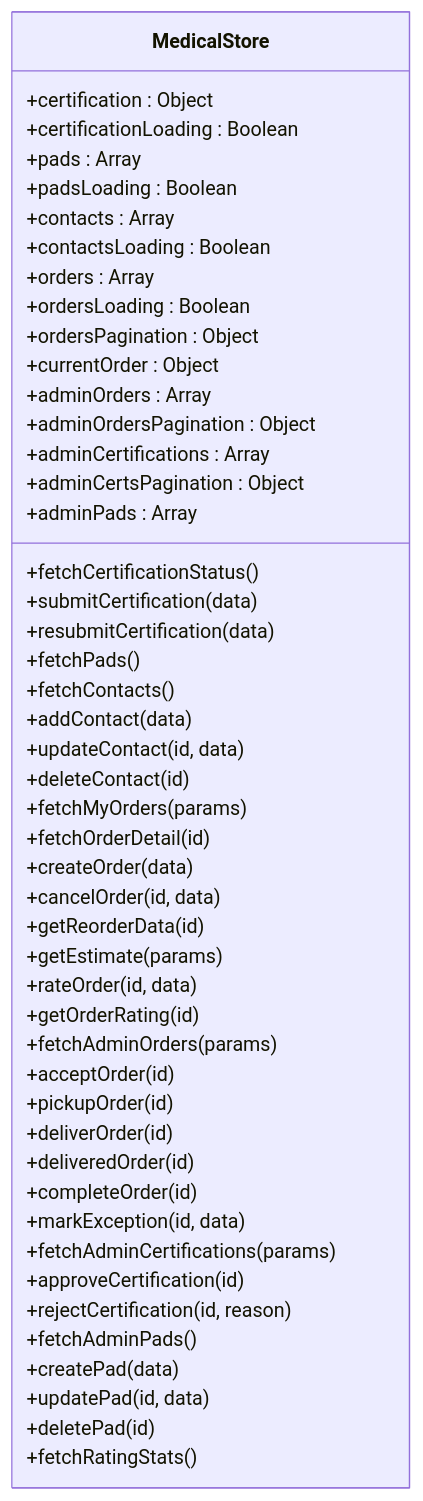
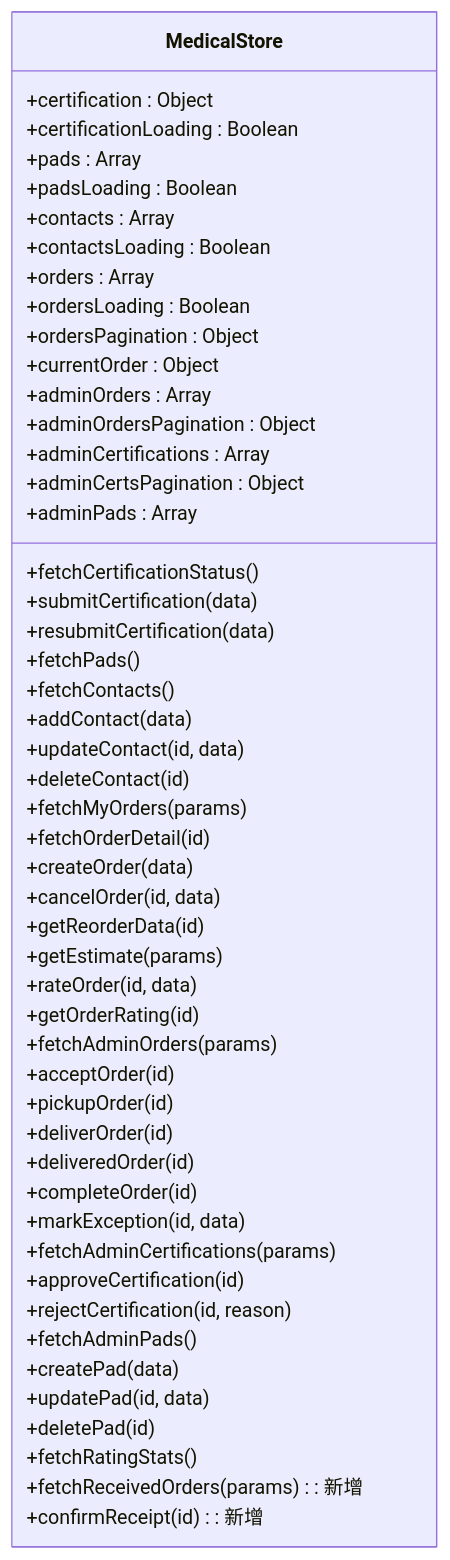
One commit to Giraffe-Han/microAPP changed diagram 17 of 23 in .qoder/repowiki/zh/content/业务功能模块/医疗配送模块功能设计.md. Above: the diagram before and after it, drawn with Mermaid. The commit also changed other lines of this file and 93 other files, not shown here.

Commit message:
fix: 恢复原始Banner图片URL到配置中

````diff
--- a/.qoder/repowiki/zh/content/业务功能模块/医疗配送模块功能设计.md
+++ b/.qoder/repowiki/zh/content/业务功能模块/医疗配送模块功能设计.md
@@ -559,51 +677,53 @@
 ```mermaid
 classDiagram
 class MedicalStore {
 +certification : Object
 +certificationLoading : Boolean
 +pads : Array
 +padsLoading : Boolean
 +contacts : Array
 +contactsLoading : Boolean
 +orders : Array
 +ordersLoading : Boolean
 +ordersPagination : Object
 +currentOrder : Object
 +adminOrders : Array
 +adminOrdersPagination : Object
 +adminCertifications : Array
 +adminCertsPagination : Object
 +adminPads : Array
 +fetchCertificationStatus()
 +submitCertification(data)
 +resubmitCertification(data)
 +fetchPads()
 +fetchContacts()
 +addContact(data)
 +updateContact(id, data)
 +deleteContact(id)
 +fetchMyOrders(params)
 +fetchOrderDetail(id)
 +createOrder(data)
 +cancelOrder(id, data)
 +getReorderData(id)
 +getEstimate(params)
 +rateOrder(id, data)
 +getOrderRating(id)
 +fetchAdminOrders(params)
 +acceptOrder(id)
 +pickupOrder(id)
 +deliverOrder(id)
 +deliveredOrder(id)
 +completeOrder(id)
 +markException(id, data)
 +fetchAdminCertifications(params)
 +approveCertification(id)
 +rejectCertification(id, reason)
 +fetchAdminPads()
 +createPad(data)
 +updatePad(id, data)
 +deletePad(id)
 +fetchRatingStats()
++fetchReceivedOrders(params) : 新增
++confirmReceipt(id) : 新增
 }
 ```
````
